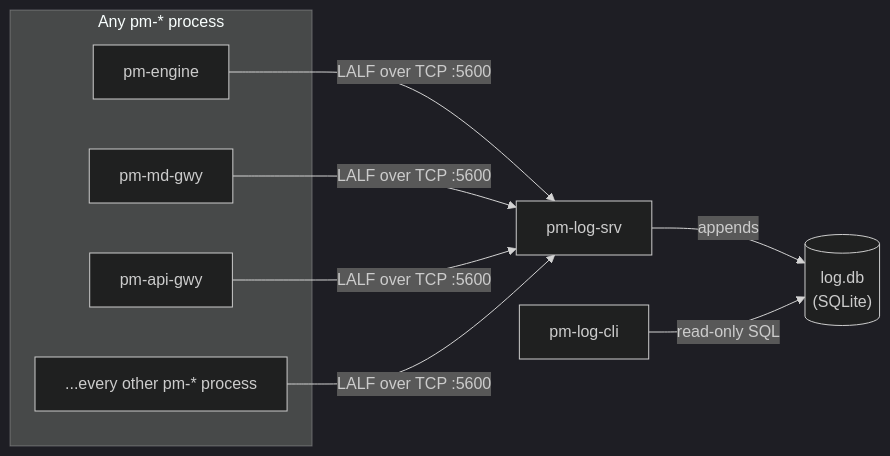
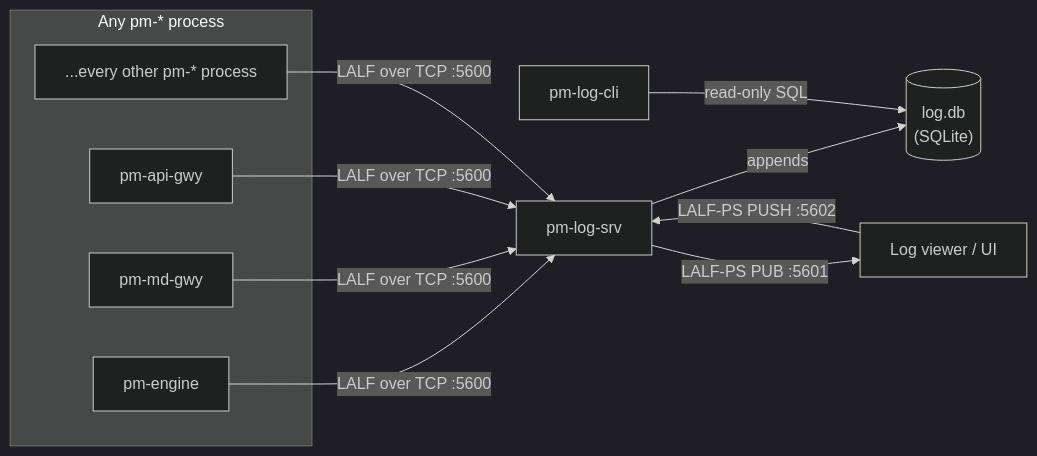
One commit to johan162/EduMatcher changed the first of 2 diagrams in docs/user-guide/280-log-srv.md. Above: the diagram before and after it, drawn with Mermaid (dark theme). The commit also changed other lines of this file and 32 other files, not shown here.

Commit message:
feat(log-srv): added pub/sub so that a client can subscribe to the logs sent to the log-server and be notified of new logs. Also updated config-gen (as well as config-gui, and verifier) and all relevant documentation.

````diff
--- a/docs/user-guide/280-log-srv.md
+++ b/docs/user-guide/280-log-srv.md
@@ -39,17 +42,19 @@
 ```mermaid
 flowchart LR
     subgraph procs["Any pm-* process"]
         ENGINE["pm-engine"]
         MDGWY["pm-md-gwy"]
         APIGWY["pm-api-gwy"]
         OTHER["...every other pm-* process"]
     end
 
     ENGINE -->|"LALF over TCP :5600"| LOGSRV["pm-log-srv"]
     MDGWY -->|"LALF over TCP :5600"| LOGSRV
     APIGWY -->|"LALF over TCP :5600"| LOGSRV
     OTHER -->|"LALF over TCP :5600"| LOGSRV
 
     LOGSRV -->|"appends"| DB[("log.db\n(SQLite)")]
     CLI["pm-log-cli"] -->|"read-only SQL"| DB
+    LOGSRV -->|"LALF-PS PUB :5601"| VIEW["Log viewer / UI"]
+    VIEW -->|"LALF-PS PUSH :5602"| LOGSRV
 ```
````
